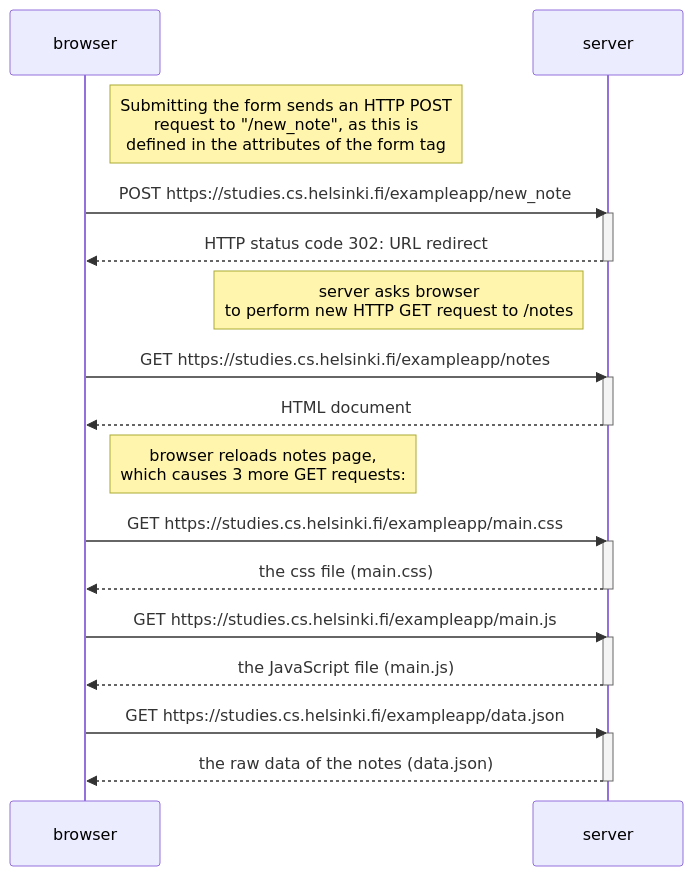
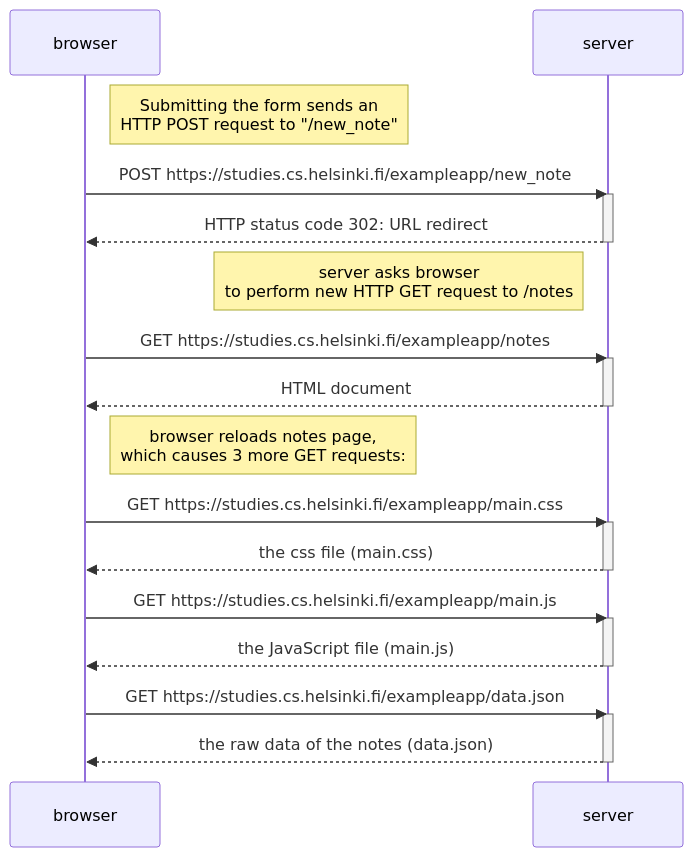
The diagram in part0/exercise0-4.md (valli259/Fullstack-exercises), drawn with Mermaid before and after one commit.

````diff
--- a/part0/exercise0-4.md
+++ b/part0/exercise0-4.md
@@ -1,33 +1,33 @@
 ```mermaid
   sequenceDiagram
     participant browser
     participant server
-Note right of browser: Submitting the form sends an HTTP POST <br> request to "/new_note", as this is<br> defined in the attributes of the form tag
+Note right of browser: Submitting the form sends an <br>HTTP POST request to "/new_note"
     browser->>server: POST https://studies.cs.helsinki.fi/exampleapp/new_note
     activate server
     server-->>browser: HTTP status code 302: URL redirect
     deactivate server
     Note left of server: server asks browser <br> to perform new HTTP GET request to /notes
 
 
     browser->>server: GET https://studies.cs.helsinki.fi/exampleapp/notes
     activate server
     server-->>browser: HTML document
     deactivate server
 Note right of browser: browser reloads notes page,<br> which causes 3 more GET requests:
 
     browser->>server: GET https://studies.cs.helsinki.fi/exampleapp/main.css
     activate server
     server-->>browser: the css file (main.css)
     deactivate server
 
     browser->>server: GET https://studies.cs.helsinki.fi/exampleapp/main.js
     activate server
     server-->>browser: the JavaScript file (main.js)
     deactivate server
 
     browser->>server: GET https://studies.cs.helsinki.fi/exampleapp/data.json
 activate server
 server-->>browser: the raw data of the notes (data.json)
 deactivate server
 ```
````
